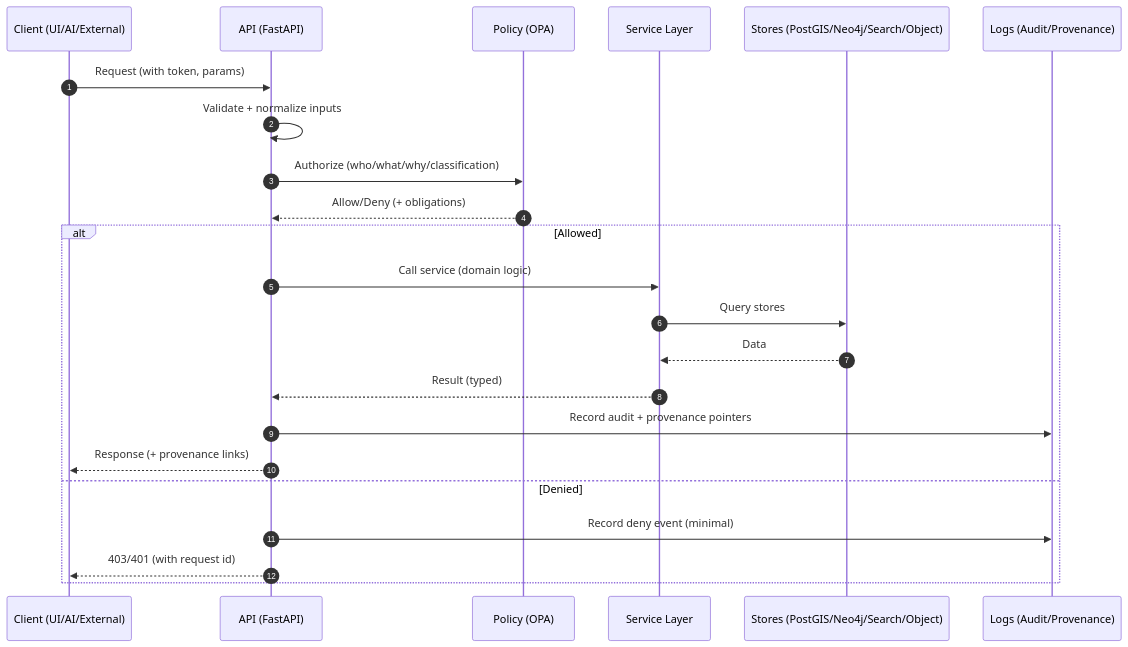
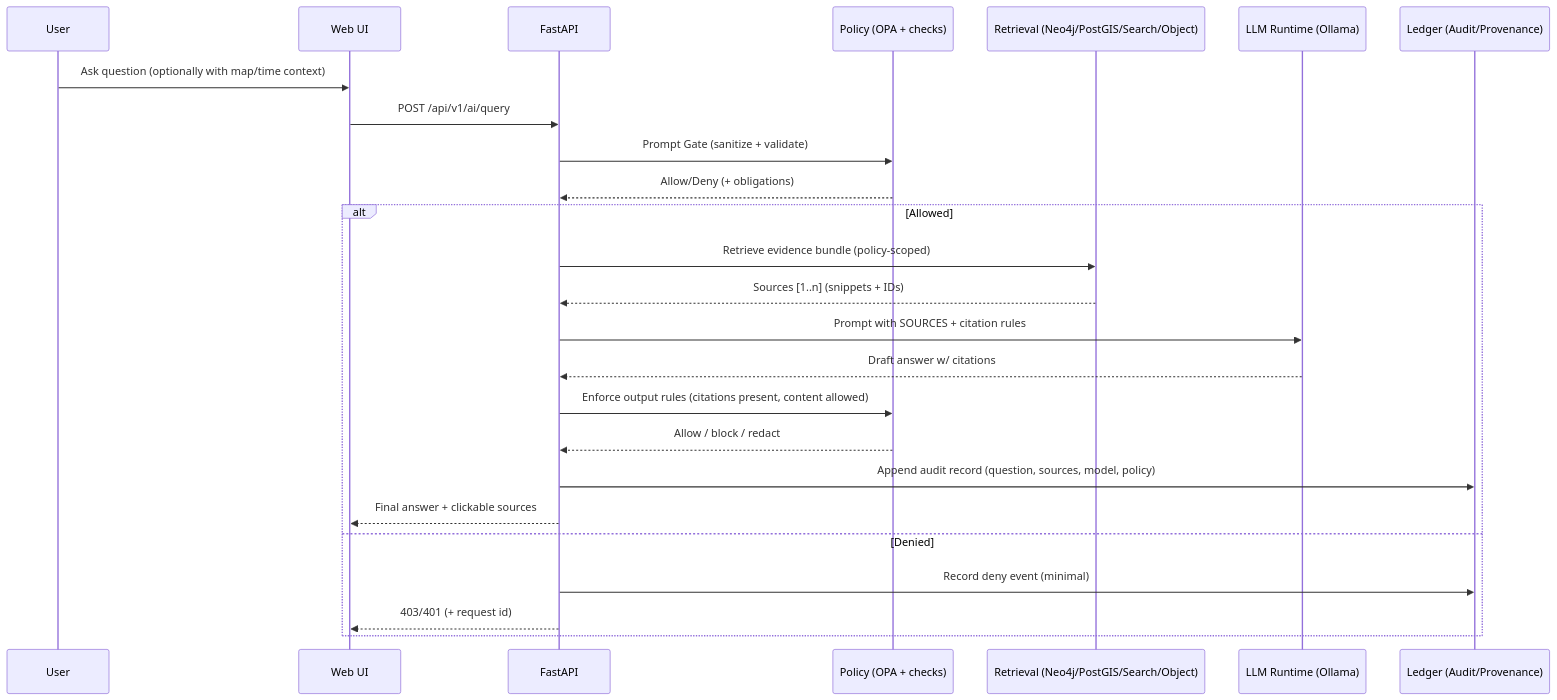
One commit to bartytime4life/Kansas-Frontier-Matrix changed the second of 2 diagrams in api/README.md. Above: the diagram before and after it, drawn with Mermaid. The commit also changed other lines of this file, not shown here.

````diff
--- a/api/README.md
+++ b/api/README.md
@@ -321,26 +326,28 @@
 ```mermaid
 sequenceDiagram
-  autonumber
-  participant C as Client (UI/AI/External)
-  participant A as API (FastAPI)
-  participant P as Policy (OPA)
-  participant S as Service Layer
-  participant D as Stores (PostGIS/Neo4j/Search/Object)
-  participant L as Logs (Audit/Provenance)
+  participant U as User
+  participant UI as Web UI
+  participant API as FastAPI
+  participant P as Policy (OPA + checks)
+  participant R as Retrieval (Neo4j/PostGIS/Search/Object)
+  participant LLM as LLM Runtime (Ollama)
+  participant L as Ledger (Audit/Provenance)
 
-  C->>A: Request (with token, params)
-  A->>A: Validate + normalize inputs
-  A->>P: Authorize (who/what/why/classification)
-  P-->>A: Allow/Deny (+ obligations)
+  U->>UI: Ask question (optionally with map/time context)
+  UI->>API: POST /api/v1/ai/query
+  API->>P: Prompt Gate (sanitize + validate)
+  P-->>API: Allow/Deny (+ obligations)
   alt Allowed
-    A->>S: Call service (domain logic)
-    S->>D: Query stores
-    D-->>S: Data
-    S-->>A: Result (typed)
-    A->>L: Record audit + provenance pointers
-    A-->>C: Response (+ provenance links)
+    API->>R: Retrieve evidence bundle (policy-scoped)
+    R-->>API: Sources [1..n] (snippets + IDs)
+    API->>LLM: Prompt with SOURCES + citation rules
+    LLM-->>API: Draft answer w/ citations
+    API->>P: Enforce output rules (citations present, content allowed)
+    P-->>API: Allow / block / redact
+    API->>L: Append audit record (question, sources, model, policy)
+    API-->>UI: Final answer + clickable sources
   else Denied
-    A->>L: Record deny event (minimal)
-    A-->>C: 403/401 (with request id)
+    API->>L: Record deny event (minimal)
+    API-->>UI: 403/401 (+ request id)
   end
 ```
````
